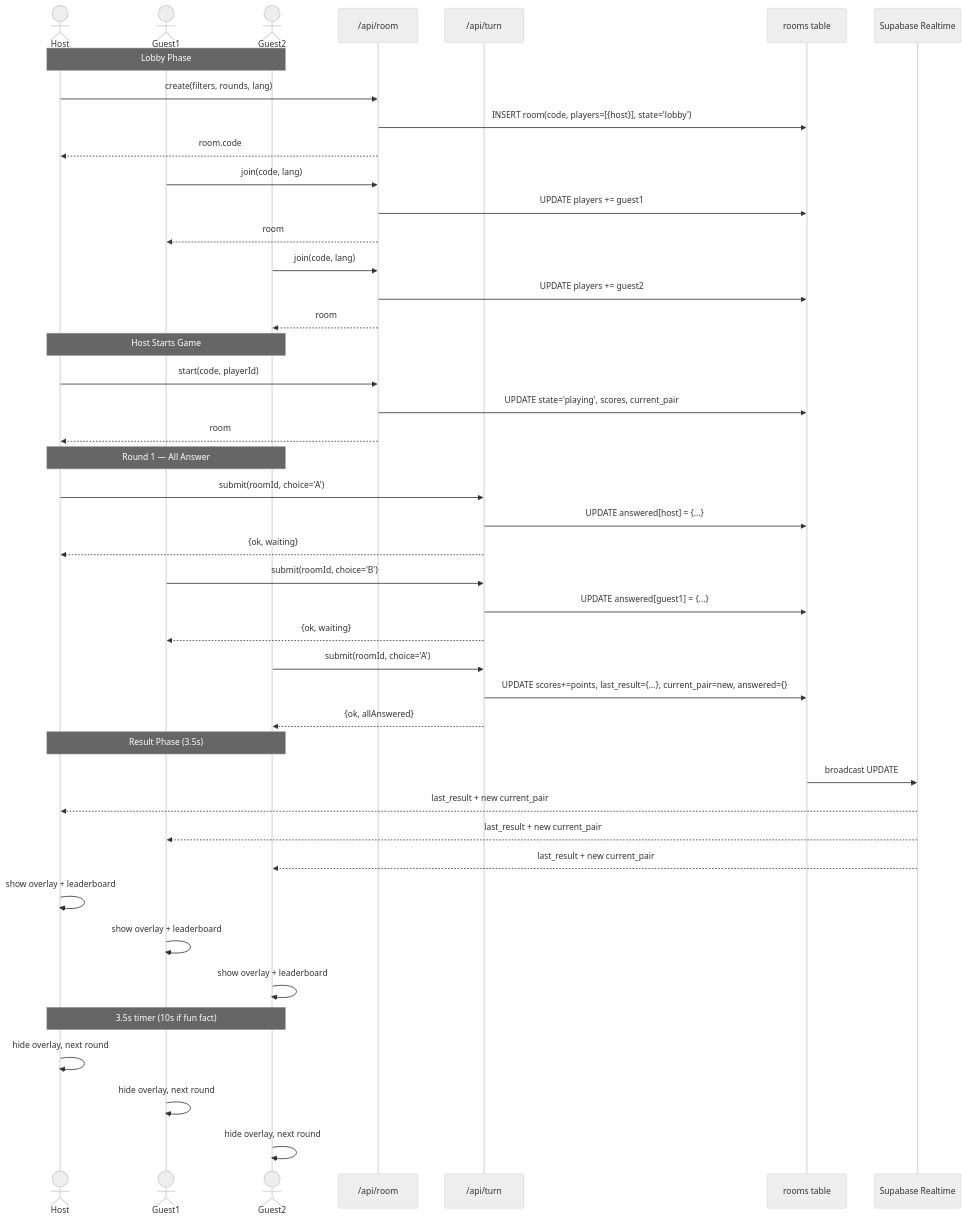
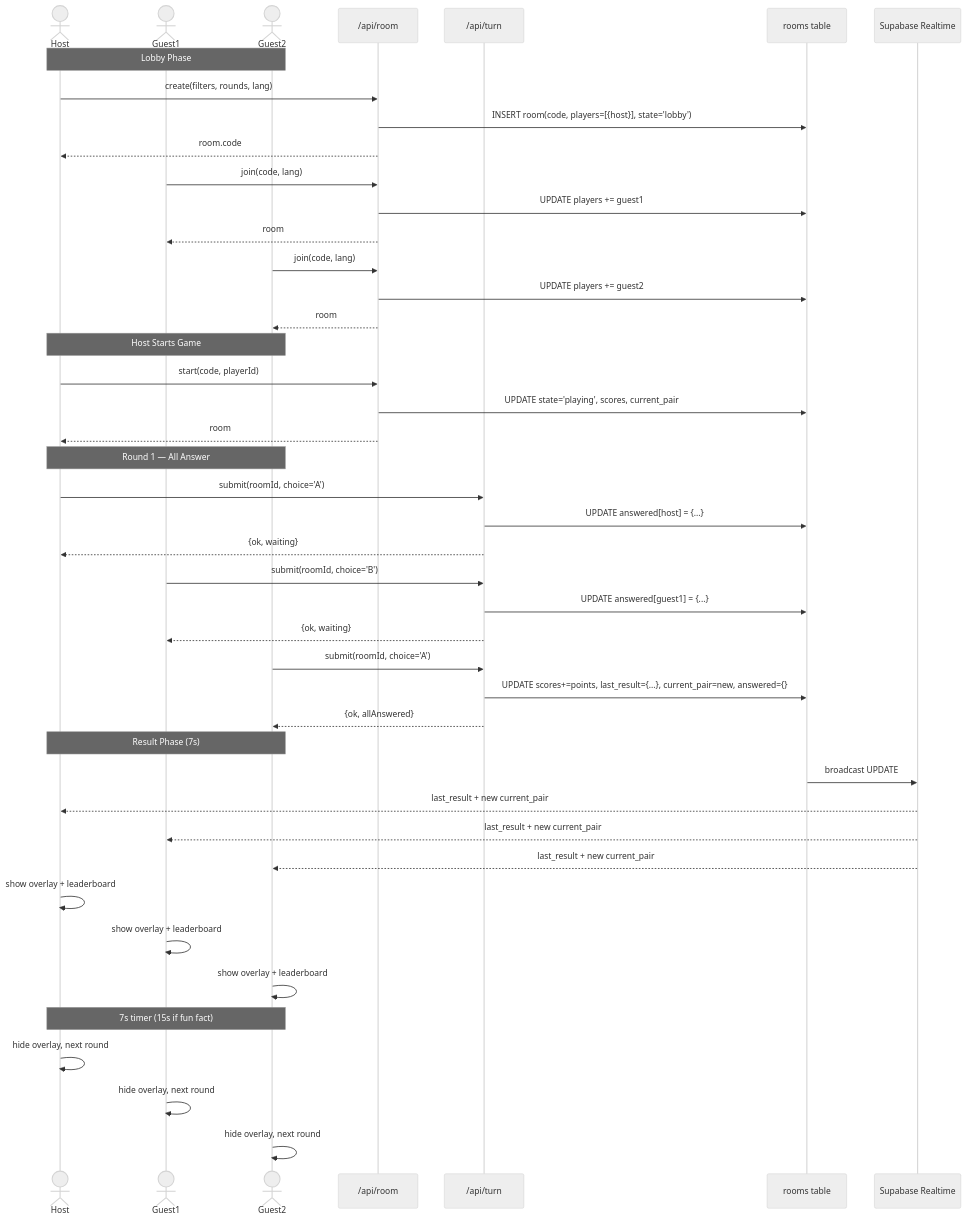
Before and after one commit to prokopHouda/history_game: the second of 7 diagrams in docs/architecture.md, drawn with Mermaid (neutral theme). The commit also changed 2 other files, not shown here.

Commit message:
feat: increase result overlay display time (7s base, 15s with fun fact)
Previous 3.5s/10s was too short to read comfortably. Updated client
auto-hide delay, server next_round_at calculation, and docs.

````diff
--- a/docs/architecture.md
+++ b/docs/architecture.md
@@ -41,50 +41,50 @@
 ```mermaid
 sequenceDiagram
     actor Host
     actor Guest1
     actor Guest2
     participant API as /api/room
     participant Turn as /api/turn
     participant DB as rooms table
     participant RT as Supabase Realtime
 
     Note over Host, Guest2: Lobby Phase
     Host->>API: create(filters, rounds, lang)
     API->>DB: INSERT room(code, players=[{host}], state='lobby')
     API-->>Host: room.code
     Guest1->>API: join(code, lang)
     API->>DB: UPDATE players += guest1
     API-->>Guest1: room
     Guest2->>API: join(code, lang)
     API->>DB: UPDATE players += guest2
     API-->>Guest2: room
 
     Note over Host, Guest2: Host Starts Game
     Host->>API: start(code, playerId)
     API->>DB: UPDATE state='playing', scores, current_pair
     API-->>Host: room
 
     Note over Host, Guest2: Round 1 — All Answer
     Host->>Turn: submit(roomId, choice='A')
     Turn->>DB: UPDATE answered[host] = {...}
     Turn-->>Host: {ok, waiting}
     Guest1->>Turn: submit(roomId, choice='B')
     Turn->>DB: UPDATE answered[guest1] = {...}
     Turn-->>Guest1: {ok, waiting}
     Guest2->>Turn: submit(roomId, choice='A')
     Turn->>DB: UPDATE scores+=points, last_result={...}, current_pair=new, answered={}
     Turn-->>Guest2: {ok, allAnswered}
 
-    Note over Host, Guest2: Result Phase (3.5s)
+    Note over Host, Guest2: Result Phase (7s)
     DB->>RT: broadcast UPDATE
     RT-->>Host: last_result + new current_pair
     RT-->>Guest1: last_result + new current_pair
     RT-->>Guest2: last_result + new current_pair
     Host->>Host: show overlay + leaderboard
     Guest1->>Guest1: show overlay + leaderboard
     Guest2->>Guest2: show overlay + leaderboard
-    Note over Host, Guest2: 3.5s timer (10s if fun fact)
+    Note over Host, Guest2: 7s timer (15s if fun fact)
     Host->>Host: hide overlay, next round
     Guest1->>Guest1: hide overlay, next round
     Guest2->>Guest2: hide overlay, next round
 ```
````
